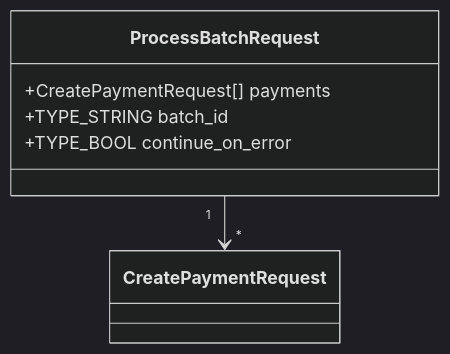
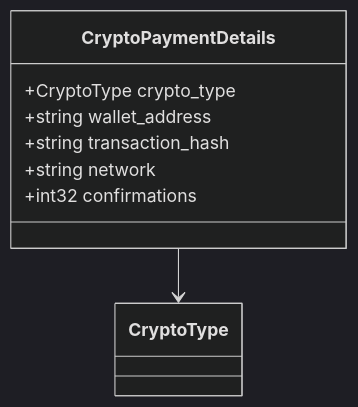
One commit to kyivinua/root changed diagram 36 of 44 in test-monorepo/docs/consolidated/PaymentService.md. Above: the diagram before and after it, drawn with Mermaid (dark theme). The commit also changed other lines of this file and 5 other files, not shown here.

````diff
--- a/test-monorepo/docs/consolidated/PaymentService.md
+++ b/test-monorepo/docs/consolidated/PaymentService.md
@@ -716,9 +1905,11 @@
 ```mermaid
 classDiagram
-    class ProcessBatchRequest {
-        +CreatePaymentRequest[] payments
-        +TYPE_STRING batch_id
-        +TYPE_BOOL continue_on_error
+    class CryptoPaymentDetails {
+        +CryptoType crypto_type
+        +string wallet_address
+        +string transaction_hash
+        +string network
+        +int32 confirmations
     }
-    ProcessBatchRequest "1" --> "*" CreatePaymentRequest
+    CryptoPaymentDetails --> CryptoType
 ```
````
